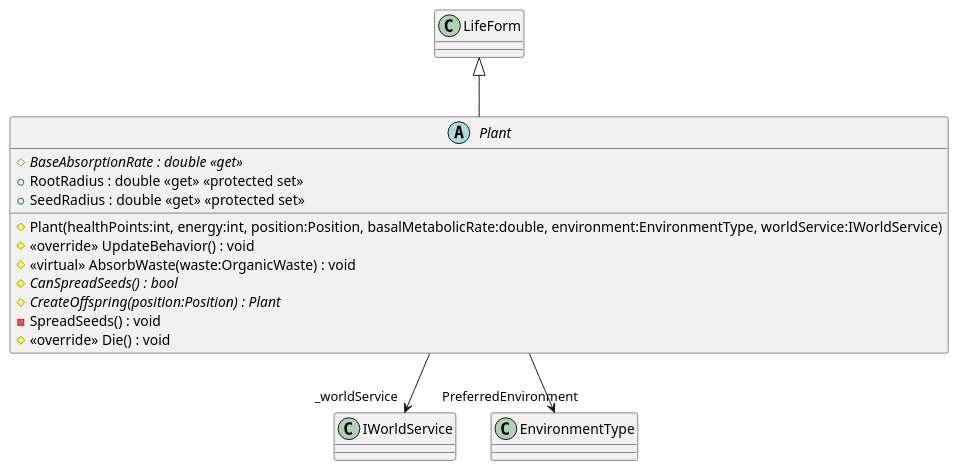
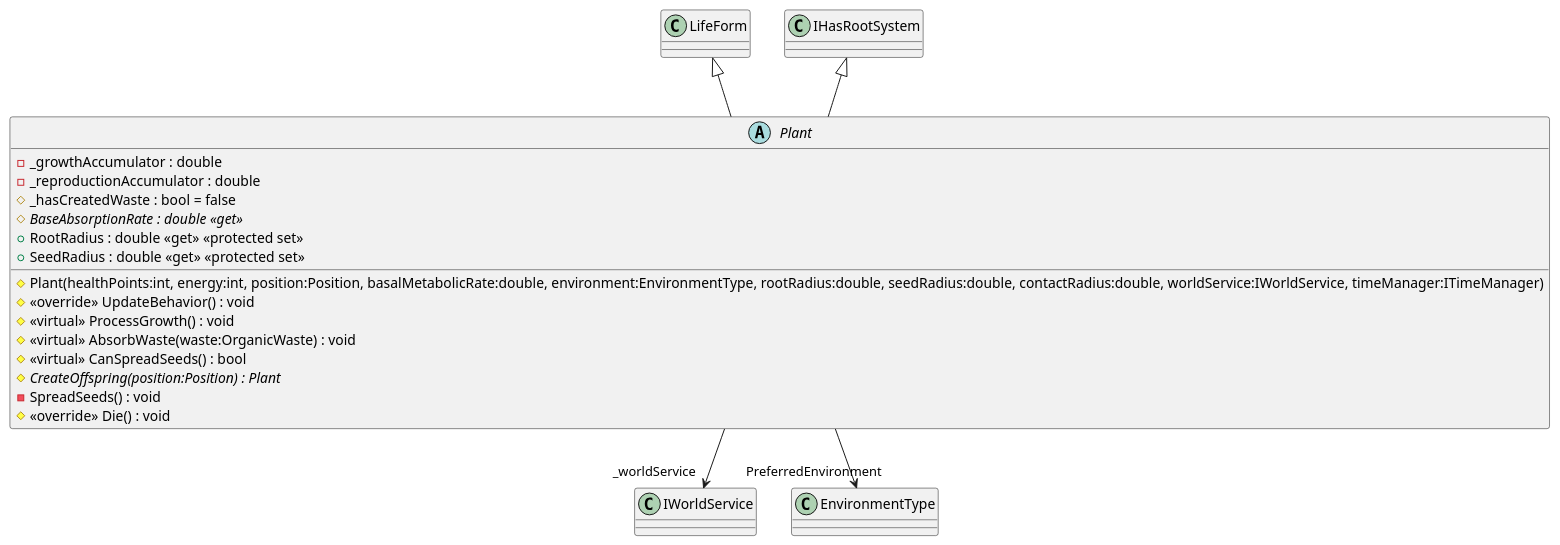
Before and after one commit to I42I/ecosystem: the diagram in plantuml/Models/Entities/Plants/Plant.puml, drawn with PlantUML. The commit also changed 65 other files, not shown here.

```diff
--- a/plantuml/Models/Entities/Plants/Plant.puml
+++ b/plantuml/Models/Entities/Plants/Plant.puml
@@ -1,17 +1,22 @@
 @startuml
 abstract class Plant {
+    - _growthAccumulator : double
+    - _reproductionAccumulator : double
+    # _hasCreatedWaste : bool = false
     # {abstract} BaseAbsorptionRate : double <<get>>
-    # Plant(healthPoints:int, energy:int, position:Position, basalMetabolicRate:double, environment:EnvironmentType, worldService:IWorldService)
     + RootRadius : double <<get>> <<protected set>>
     + SeedRadius : double <<get>> <<protected set>>
+    # Plant(healthPoints:int, energy:int, position:Position, basalMetabolicRate:double, environment:EnvironmentType, rootRadius:double, seedRadius:double, contactRadius:double, worldService:IWorldService, timeManager:ITimeManager)
     # <<override>> UpdateBehavior() : void
+    # <<virtual>> ProcessGrowth() : void
     # <<virtual>> AbsorbWaste(waste:OrganicWaste) : void
-    # {abstract} CanSpreadSeeds() : bool
+    # <<virtual>> CanSpreadSeeds() : bool
     # {abstract} CreateOffspring(position:Position) : Plant
     - SpreadSeeds() : void
     # <<override>> Die() : void
 }
 LifeForm <|-- Plant
+IHasRootSystem <|-- Plant
 Plant --> "_worldService" IWorldService
 Plant --> "PreferredEnvironment" EnvironmentType
 @enduml
```
